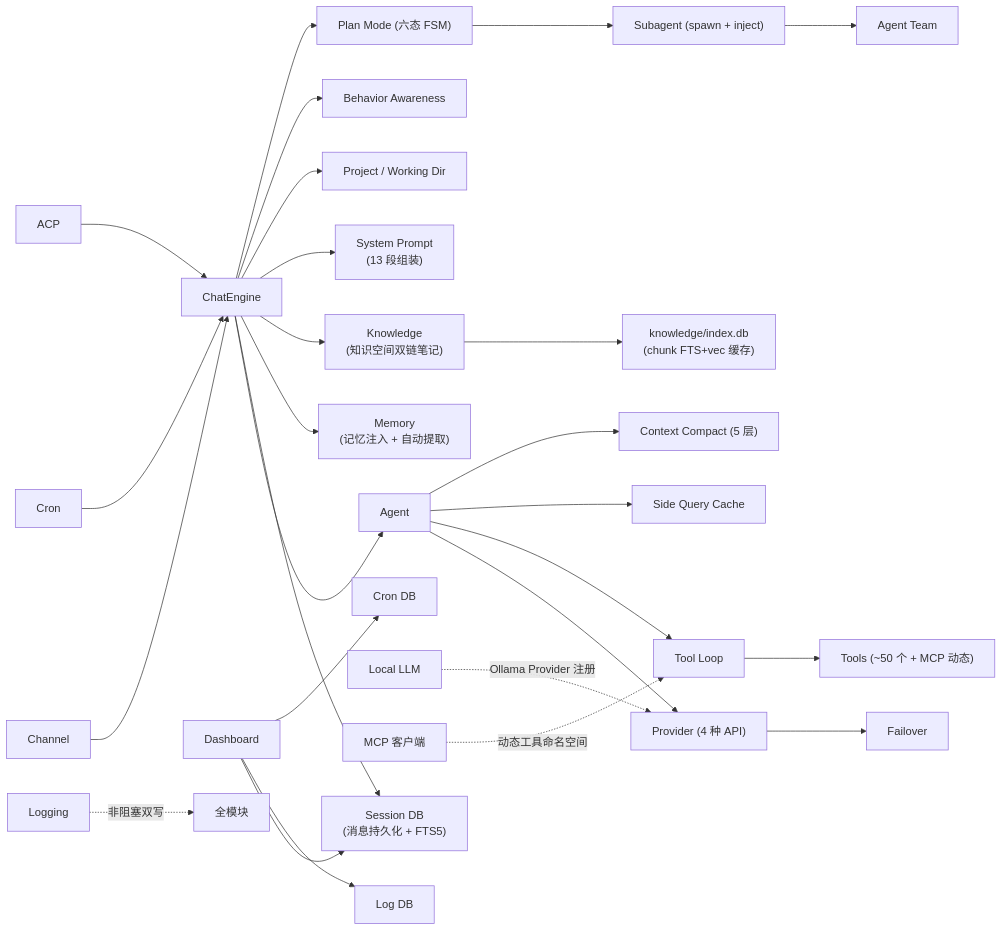
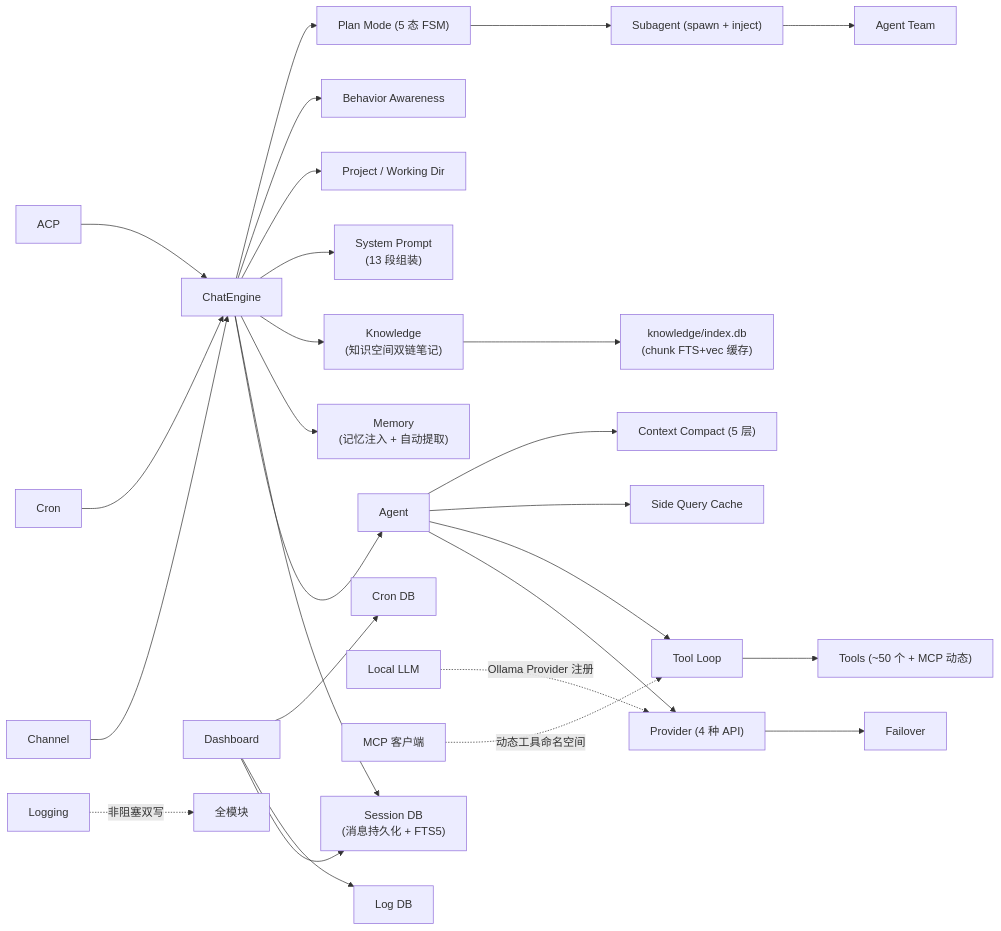
Before and after one commit to shiwenwen/hope-agent: the fourth of 4 diagrams in docs/architecture/overview.md, drawn with Mermaid. The commit also changed other lines of this file and 6 other files, not shown here.

````diff
--- a/docs/architecture/overview.md
+++ b/docs/architecture/overview.md
@@ -133,32 +133,32 @@
 ```mermaid
 graph LR
     ChatEngine["ChatEngine"] --> Agent["Agent"]
     Agent --> Provider["Provider (4 种 API)"]
     Provider --> Failover["Failover"]
     Agent --> ToolLoop["Tool Loop"]
     ToolLoop --> Tools["Tools (~50 个 + MCP 动态)"]
     Agent --> SideQuery["Side Query Cache"]
     Agent --> ContextCompact["Context Compact (5 层)"]
 
     ChatEngine --> SessionDB["Session DB<br/>(消息持久化 + FTS5)"]
     ChatEngine --> Memory["Memory<br/>(记忆注入 + 自动提取)"]
     ChatEngine --> Knowledge["Knowledge<br/>(知识空间双链笔记)"]
     Knowledge --> KbIndex["knowledge/index.db<br/>(chunk FTS+vec 缓存)"]
     ChatEngine --> SystemPrompt["System Prompt<br/>(13 段组装)"]
     ChatEngine --> ProjectCtx["Project / Working Dir"]
     ChatEngine --> Awareness["Behavior Awareness"]
-    ChatEngine --> PlanMode["Plan Mode (六态 FSM)"]
+    ChatEngine --> PlanMode["Plan Mode (5 态 FSM)"]
     PlanMode --> Subagent["Subagent (spawn + inject)"]
     Subagent --> Team["Agent Team"]
 
     Channel["Channel"] --> ChatEngine
     Cron["Cron"] --> ChatEngine
     ACP["ACP"] --> ChatEngine
     LocalLLM["Local LLM"] -.->|"Ollama Provider 注册"| Provider
     MCP["MCP 客户端"] -.->|"动态工具命名空间"| ToolLoop
     Dashboard["Dashboard"] --> SessionDB
     Dashboard --> LogDB["Log DB"]
     Dashboard --> CronDB["Cron DB"]
     Logging["Logging"] -.->|"非阻塞双写"| AllModules["全模块"]
 
 ```
````
